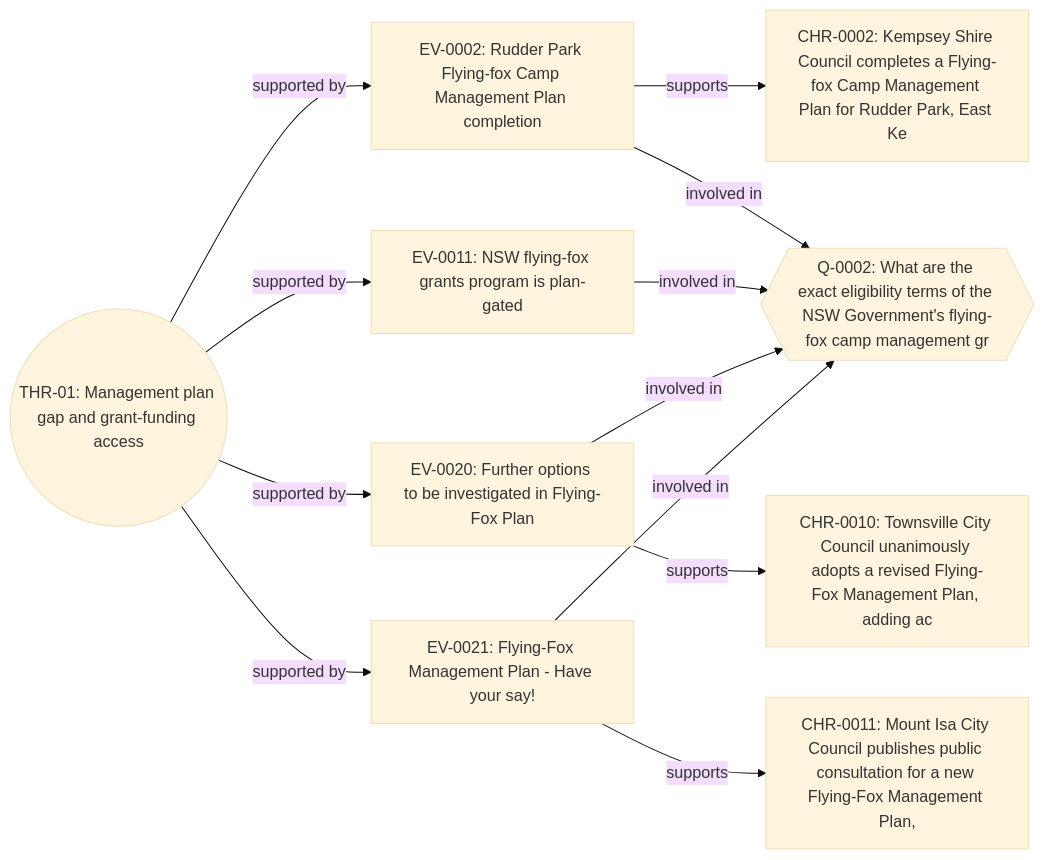
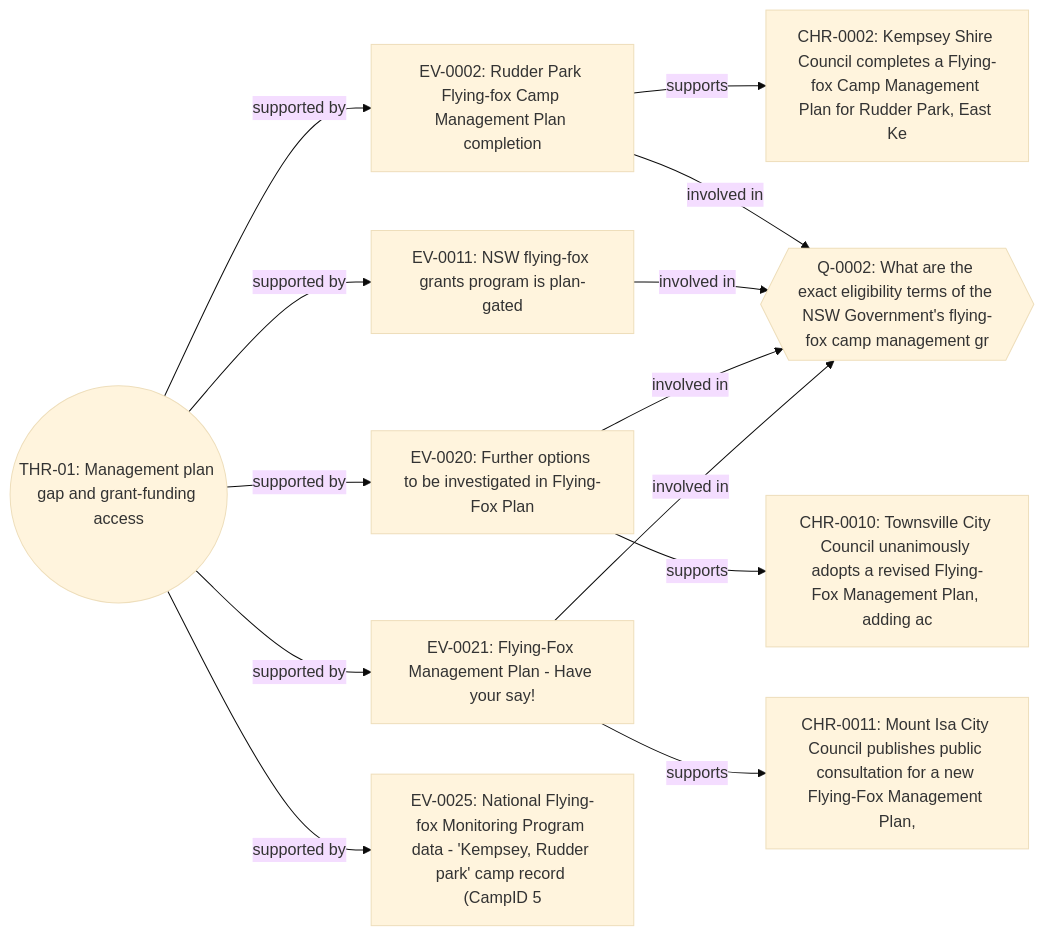
Before and after one commit to mayhem82/mayhem-investigations: diagram 29 of 49 in docs/RELATIONSHIP_MAP.md, drawn with Mermaid (base theme). The commit also changed other lines of this file, not shown here.

````diff
--- a/docs/RELATIONSHIP_MAP.md
+++ b/docs/RELATIONSHIP_MAP.md
@@ -854,23 +854,25 @@
 ```mermaid
 flowchart LR
   DFAPTI_BB_FF_2026_00001_THRD_THR_01(("THR-01: Management plan gap and grant-funding access"))
   DFAPTI_BB_FF_2026_00001_EVID_EV_0002["EV-0002: Rudder Park Flying-fox Camp Management Plan completion"]
   DFAPTI_BB_FF_2026_00001_EVID_EV_0011["EV-0011: NSW flying-fox grants program is plan-gated"]
   DFAPTI_BB_FF_2026_00001_EVID_EV_0020["EV-0020: Further options to be investigated in Flying-Fox Plan"]
   DFAPTI_BB_FF_2026_00001_EVID_EV_0021["EV-0021: Flying-Fox Management Plan - Have your say!"]
+  DFAPTI_BB_FF_2026_00001_EVID_EV_0025["EV-0025: National Flying-fox Monitoring Program data - 'Kempsey, Rudder park' camp record (CampID 5"]
   DFAPTI_BB_FF_2026_00001_CHRO_CHR_0002["CHR-0002: Kempsey Shire Council completes a Flying-fox Camp Management Plan for Rudder Park, East Ke"]
   DFAPTI_BB_FF_2026_00001_QUES_Q_0002{{"Q-0002: What are the exact eligibility terms of the NSW Government's flying-fox camp management gr"}}
   DFAPTI_BB_FF_2026_00001_CHRO_CHR_0010["CHR-0010: Townsville City Council unanimously adopts a revised Flying-Fox Management Plan, adding ac"]
   DFAPTI_BB_FF_2026_00001_CHRO_CHR_0011["CHR-0011: Mount Isa City Council publishes public consultation for a new Flying-Fox Management Plan,"]
   DFAPTI_BB_FF_2026_00001_THRD_THR_01 -- "supported by" --> DFAPTI_BB_FF_2026_00001_EVID_EV_0002
   DFAPTI_BB_FF_2026_00001_THRD_THR_01 -- "supported by" --> DFAPTI_BB_FF_2026_00001_EVID_EV_0011
   DFAPTI_BB_FF_2026_00001_THRD_THR_01 -- "supported by" --> DFAPTI_BB_FF_2026_00001_EVID_EV_0020
   DFAPTI_BB_FF_2026_00001_THRD_THR_01 -- "supported by" --> DFAPTI_BB_FF_2026_00001_EVID_EV_0021
+  DFAPTI_BB_FF_2026_00001_THRD_THR_01 -- "supported by" --> DFAPTI_BB_FF_2026_00001_EVID_EV_0025
   DFAPTI_BB_FF_2026_00001_EVID_EV_0002 -- "supports" --> DFAPTI_BB_FF_2026_00001_CHRO_CHR_0002
   DFAPTI_BB_FF_2026_00001_EVID_EV_0002 -- "involved in" --> DFAPTI_BB_FF_2026_00001_QUES_Q_0002
   DFAPTI_BB_FF_2026_00001_EVID_EV_0011 -- "involved in" --> DFAPTI_BB_FF_2026_00001_QUES_Q_0002
   DFAPTI_BB_FF_2026_00001_EVID_EV_0020 -- "supports" --> DFAPTI_BB_FF_2026_00001_CHRO_CHR_0010
   DFAPTI_BB_FF_2026_00001_EVID_EV_0020 -- "involved in" --> DFAPTI_BB_FF_2026_00001_QUES_Q_0002
   DFAPTI_BB_FF_2026_00001_EVID_EV_0021 -- "supports" --> DFAPTI_BB_FF_2026_00001_CHRO_CHR_0011
   DFAPTI_BB_FF_2026_00001_EVID_EV_0021 -- "involved in" --> DFAPTI_BB_FF_2026_00001_QUES_Q_0002
 ```
````
